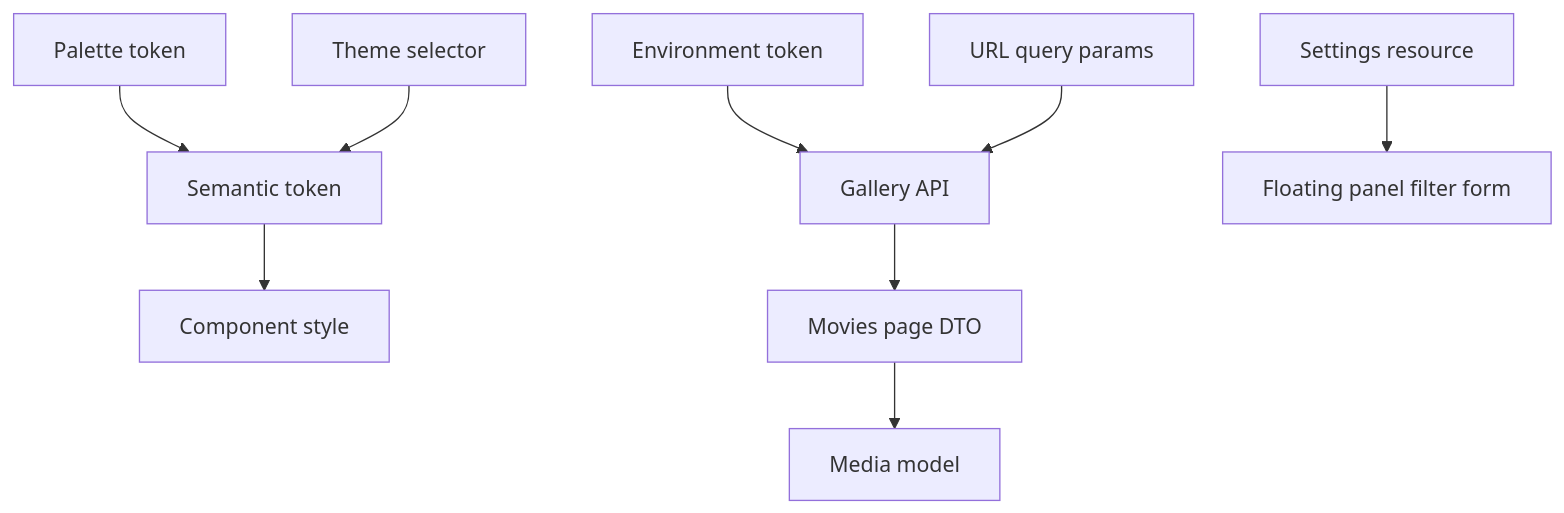
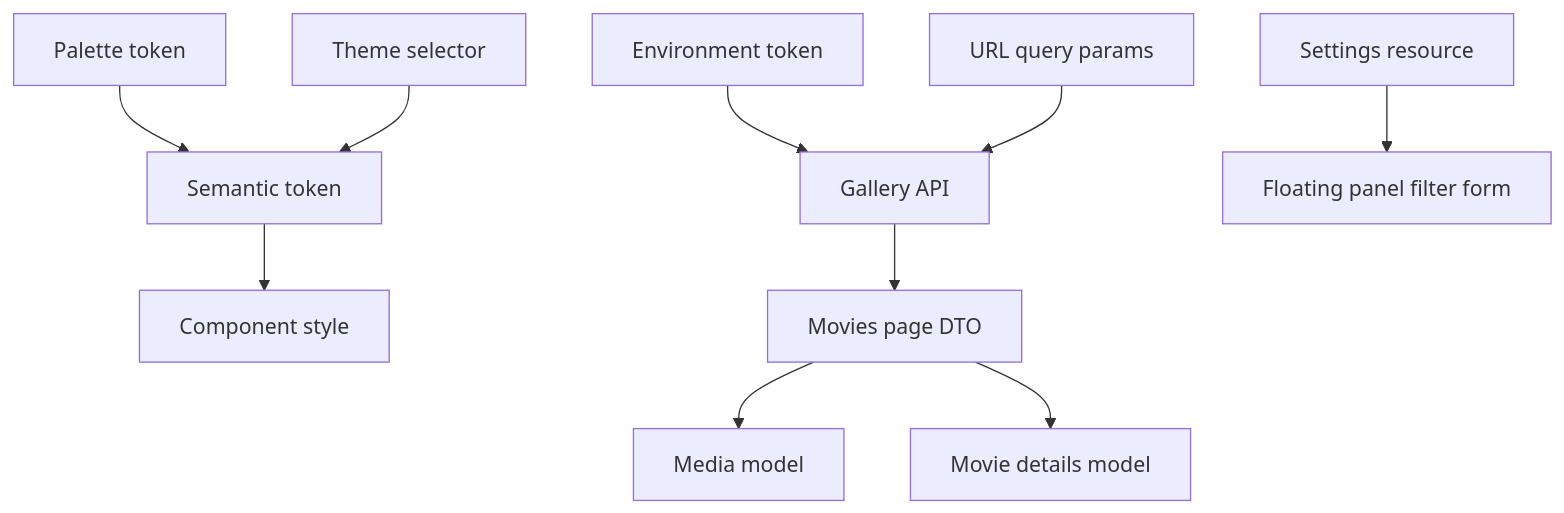
Before and after one commit to Zwezh/media-shelf: the diagram in lode/terminology.md, drawn with Mermaid. The commit also changed other lines of this file and 48 other files, not shown here.

Commit message:
feat(gallery): add movie details view

````diff
--- a/lode/terminology.md
+++ b/lode/terminology.md
@@ -40,11 +42,12 @@
 ```mermaid
 flowchart TD
   Palette[Palette token] --> Semantic[Semantic token]
   Semantic --> Component[Component style]
   Theme[Theme selector] --> Semantic
   Environment[Environment token] --> GalleryAPI[Gallery API]
   Query[URL query params] --> GalleryAPI
   SettingsResource[Settings resource] --> FilterPanel[Floating panel filter form]
   GalleryAPI --> DTO[Movies page DTO]
   DTO --> Model[Media model]
+  DTO --> Details[Movie details model]
 ```
````
